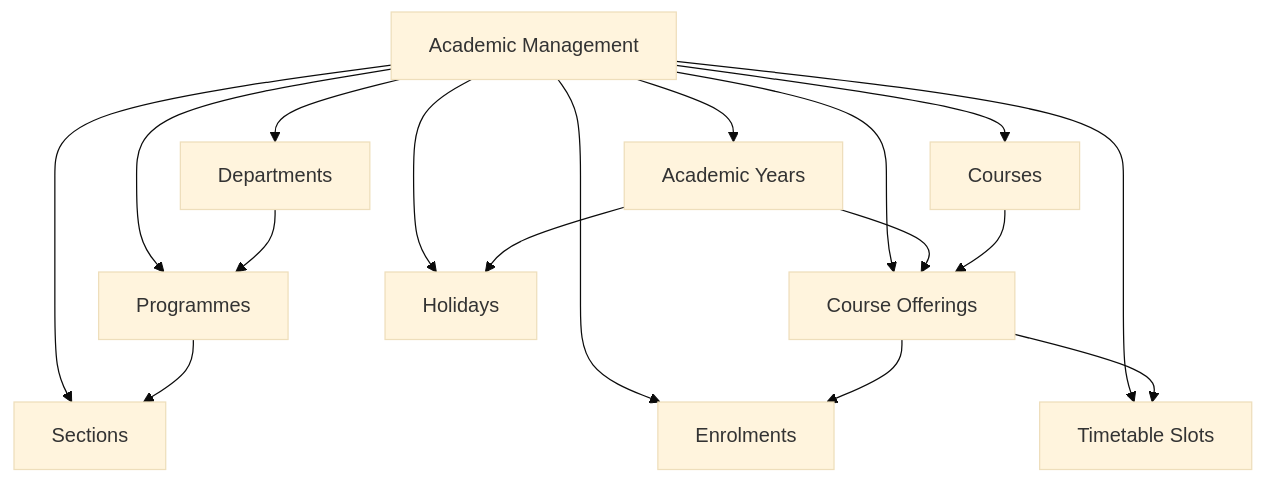
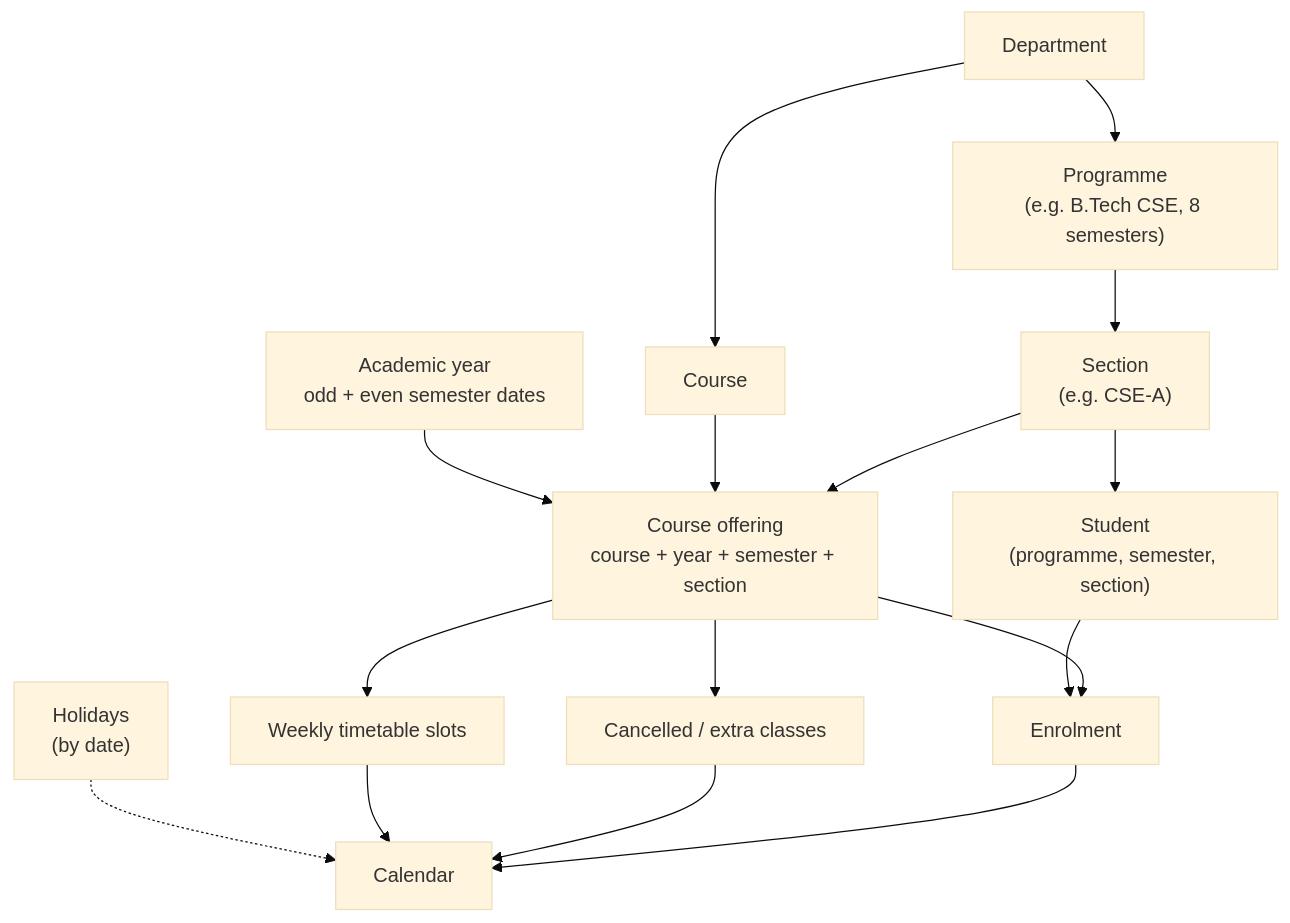
The eighth of 19 diagrams in README.md (Git-punit/campus-erp), drawn with Mermaid (base theme) before and after one commit. The commit also changed other lines of this file, not shown here.

````diff
--- a/README.md
+++ b/README.md
@@ -549,22 +630,21 @@
 ```mermaid
 flowchart TB
-    A["Academic Management"]
+    DEPT["Department"] --> PROG["Programme<br/>(e.g. B.Tech CSE, 8 semesters)"]
+    PROG --> SEC["Section<br/>(e.g. CSE-A)"]
+    DEPT --> COURSE["Course"]
 
-    A --> B["Departments"]
-    A --> C["Programmes"]
-    A --> D["Academic Years"]
-    A --> E["Sections"]
-    A --> F["Courses"]
-    A --> G["Course Offerings"]
-    A --> H["Enrolments"]
-    A --> I["Timetable Slots"]
-    A --> J["Holidays"]
+    YEAR["Academic year<br/>odd + even semester dates"] --> OFF["Course offering<br/>course + year + semester + section"]
+    COURSE --> OFF
+    SEC --> OFF
 
-    B --> C
-    C --> E
-    D --> G
-    F --> G
-    G --> H
-    G --> I
-    D --> J
+    SEC --> STU["Student<br/>(programme, semester, section)"]
+    STU --> ENR["Enrolment"]
+    OFF --> ENR
+    OFF --> SLOT["Weekly timetable slots"]
+    OFF --> EXC["Cancelled / extra classes"]
+
+    HOL["Holidays<br/>(by date)"] -.-> CAL["Calendar"]
+    SLOT --> CAL
+    EXC --> CAL
+    ENR --> CAL
 ```
````
